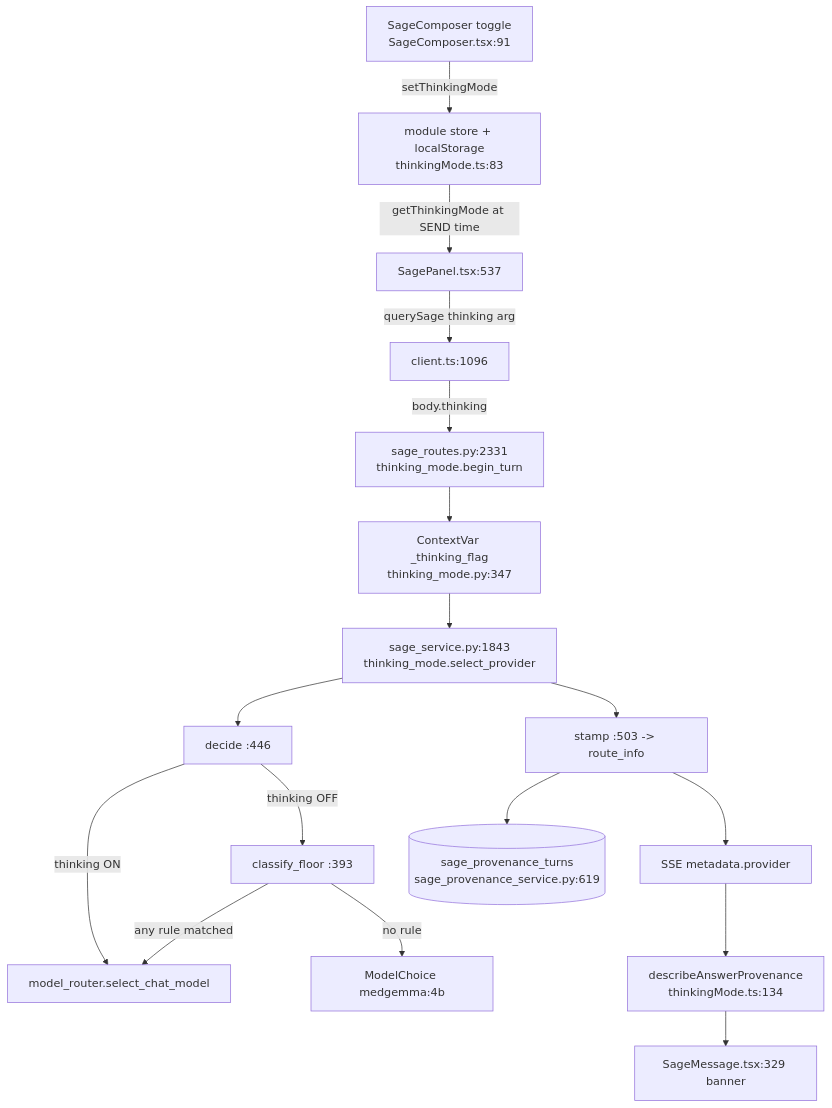
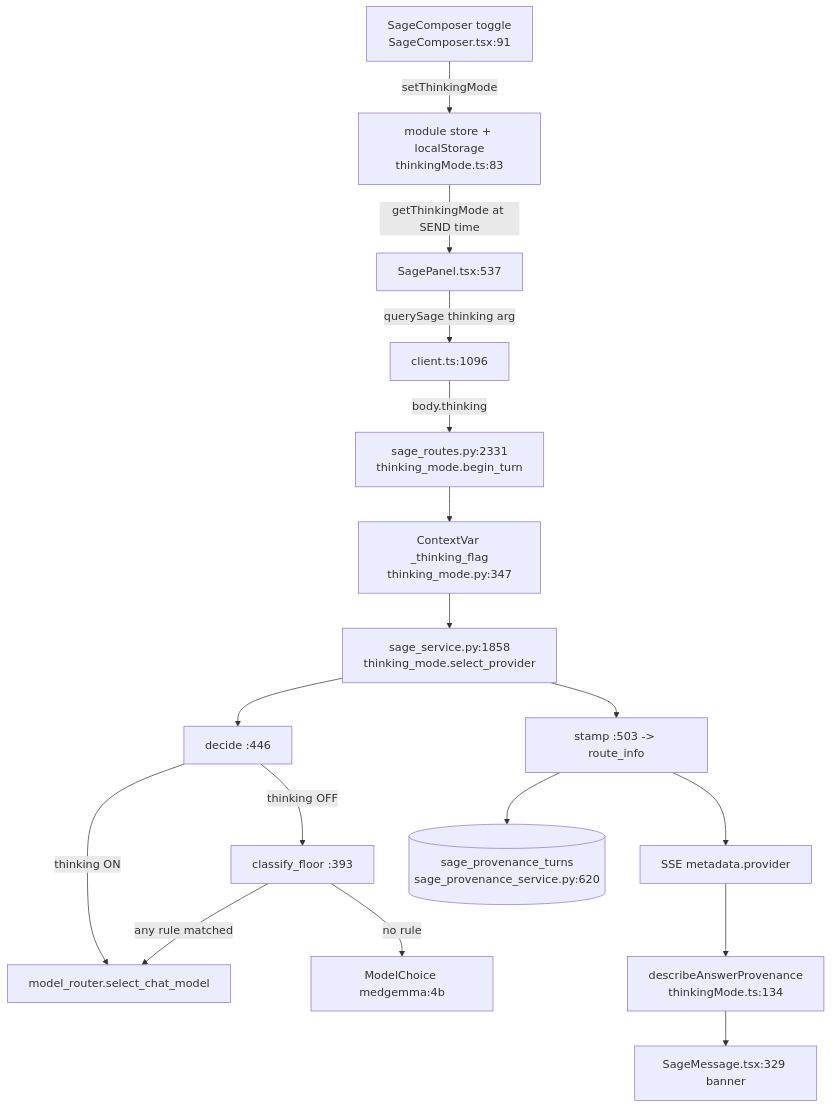
Before and after one commit to samuelmorningstar23/Orb: the first of 2 diagrams in docs/guide/41-thinking-mode.md, drawn with Mermaid. The commit also changed other lines of this file and 151 other files, not shown here.

````diff
--- a/docs/guide/41-thinking-mode.md
+++ b/docs/guide/41-thinking-mode.md
@@ -42,19 +42,19 @@
 ```mermaid
 graph TD
   TOG[SageComposer toggle<br/>SageComposer.tsx:91] -->|setThinkingMode| STORE[module store + localStorage<br/>thinkingMode.ts:83]
   STORE -->|getThinkingMode at SEND time| PANEL[SagePanel.tsx:537]
   PANEL -->|querySage thinking arg| CLIENT[client.ts:1096]
   CLIENT -->|body.thinking| ROUTE[sage_routes.py:2331<br/>thinking_mode.begin_turn]
   ROUTE --> CV[ContextVar _thinking_flag<br/>thinking_mode.py:347]
-  CV --> SEL[sage_service.py:1843<br/>thinking_mode.select_provider]
+  CV --> SEL[sage_service.py:1858<br/>thinking_mode.select_provider]
   SEL --> DEC[decide :446]
   DEC -->|thinking ON| ROUTER[model_router.select_chat_model]
   DEC -->|thinking OFF| FLOOR[classify_floor :393]
   FLOOR -->|any rule matched| ROUTER
   FLOOR -->|no rule| FAST[ModelChoice medgemma:4b]
   SEL --> STAMP[stamp :503 -> route_info]
   STAMP --> META[SSE metadata.provider]
   META --> BANNER[describeAnswerProvenance<br/>thinkingMode.ts:134]
   BANNER --> MSG[SageMessage.tsx:329 banner]
-  STAMP --> PROV[(sage_provenance_turns<br/>sage_provenance_service.py:619)]
+  STAMP --> PROV[(sage_provenance_turns<br/>sage_provenance_service.py:620)]
 ```
````
